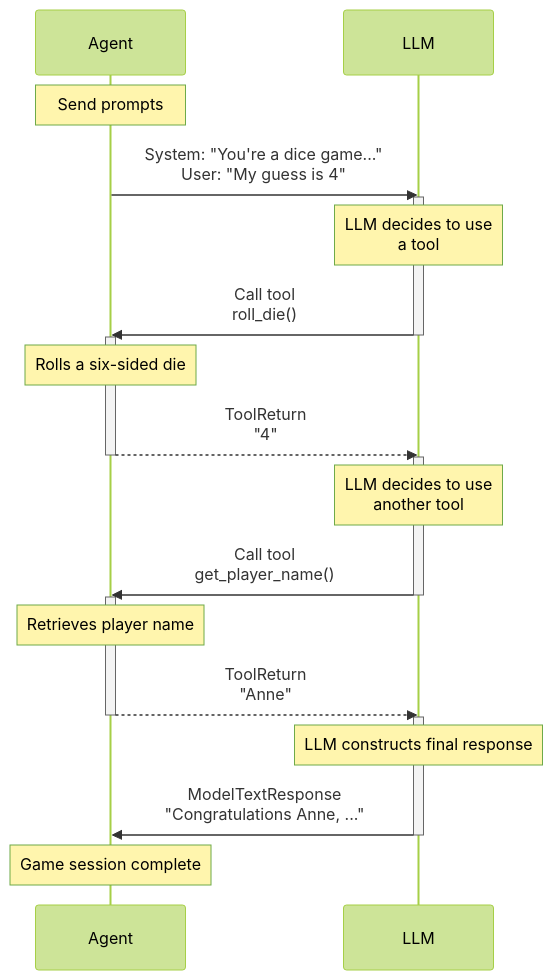
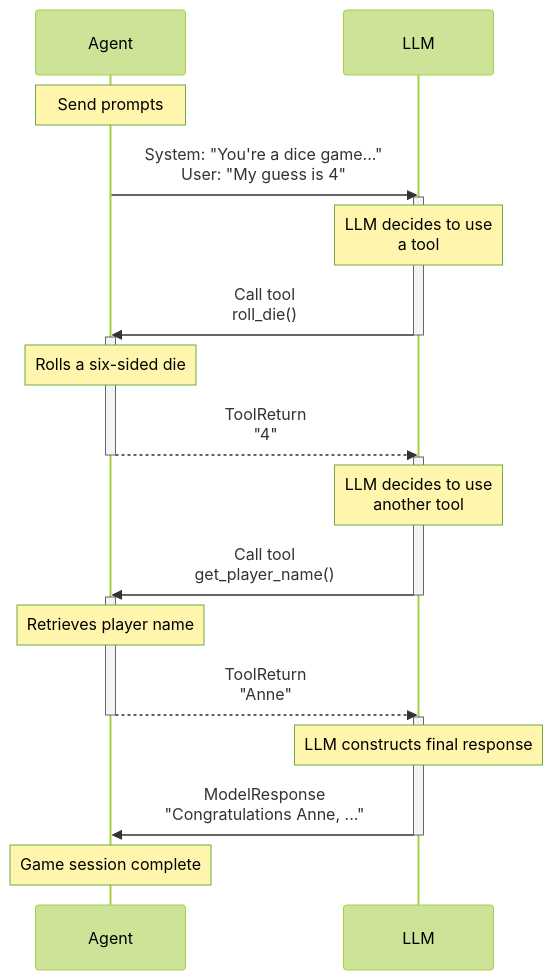
Before and after one commit to pydantic/pydantic-ai: the diagram in docs/tools.md, drawn with Mermaid (forest theme). The commit also changed 3 other files, not shown here.

````diff
--- a/docs/tools.md
+++ b/docs/tools.md
@@ -134,33 +134,33 @@
 ```mermaid
 sequenceDiagram
     participant Agent
     participant LLM
 
     Note over Agent: Send prompts
     Agent ->> LLM: System: "You're a dice game..."<br>User: "My guess is 4"
     activate LLM
     Note over LLM: LLM decides to use<br>a tool
 
     LLM ->> Agent: Call tool<br>roll_die()
     deactivate LLM
     activate Agent
     Note over Agent: Rolls a six-sided die
 
     Agent -->> LLM: ToolReturn<br>"4"
     deactivate Agent
     activate LLM
     Note over LLM: LLM decides to use<br>another tool
 
     LLM ->> Agent: Call tool<br>get_player_name()
     deactivate LLM
     activate Agent
     Note over Agent: Retrieves player name
     Agent -->> LLM: ToolReturn<br>"Anne"
     deactivate Agent
     activate LLM
     Note over LLM: LLM constructs final response
 
-    LLM ->> Agent: ModelTextResponse<br>"Congratulations Anne, ..."
+    LLM ->> Agent: ModelResponse<br>"Congratulations Anne, ..."
     deactivate LLM
     Note over Agent: Game session complete
 ```
````
